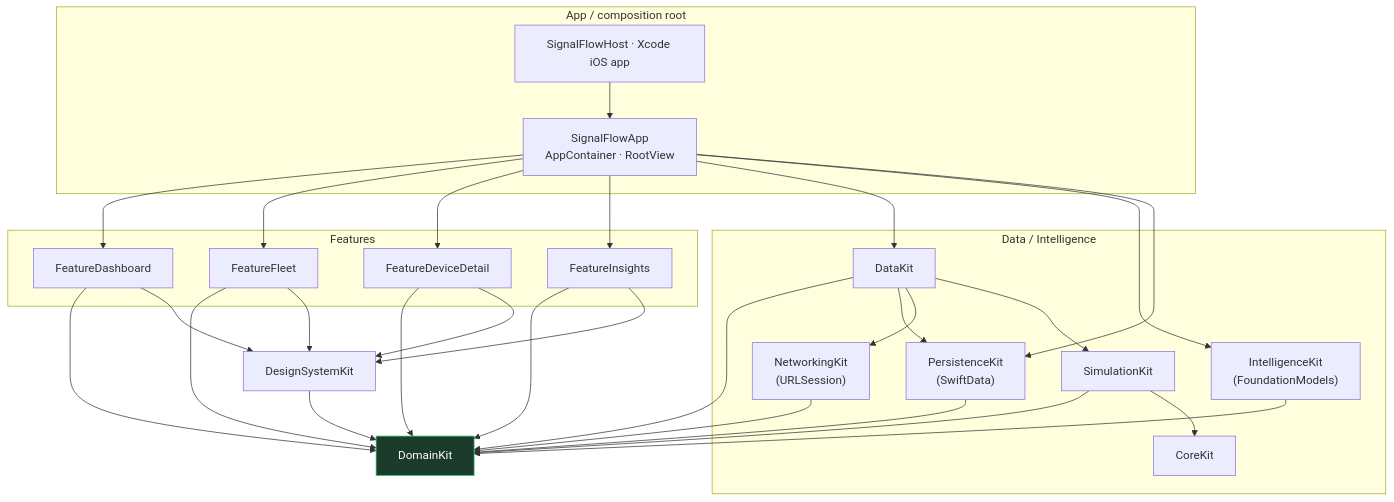
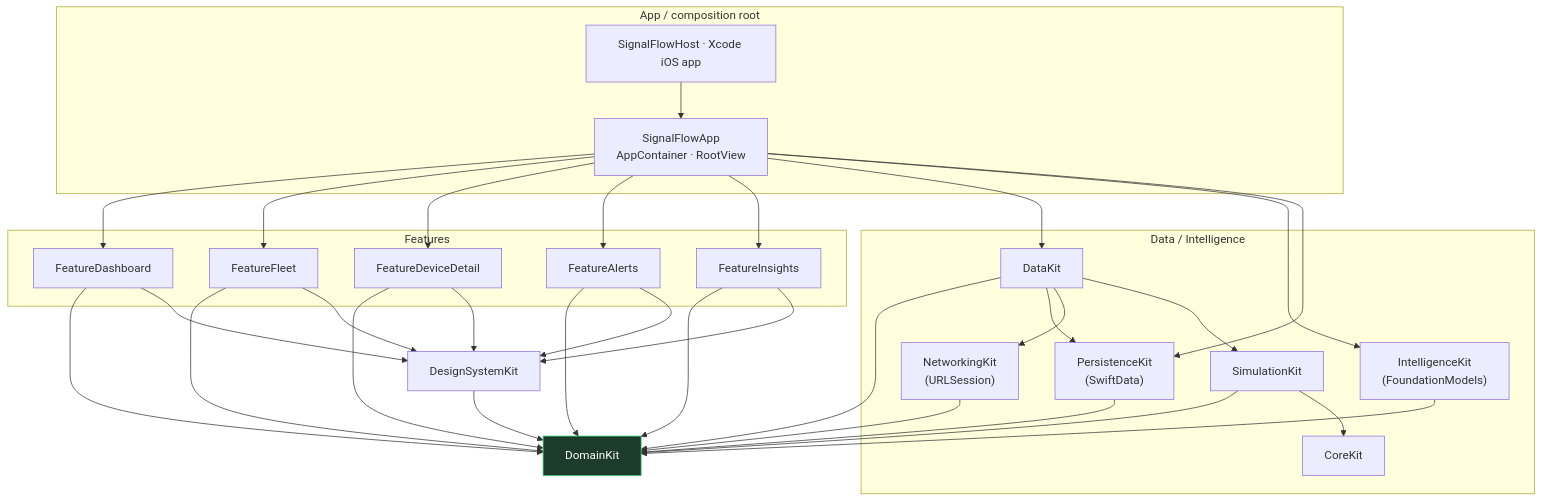
The second of 2 diagrams in README.md (donatogomez/signal-flow), drawn with Mermaid before and after one commit. The commit also changed other lines of this file and 15 other files, not shown here.

First line of the commit message:
Implement FeatureAlerts (#11)

````diff
--- a/README.md
+++ b/README.md
@@ -130,44 +131,45 @@
 ```mermaid
 flowchart TD
     subgraph AppLayer["App / composition root"]
         HOST["SignalFlowHost · Xcode iOS app"]
         APPLIB["SignalFlowApp<br/>AppContainer · RootView"]
     end
     subgraph FeatureLayer["Features"]
         F1[FeatureDashboard]
         F2[FeatureFleet]
         F3[FeatureDeviceDetail]
-        F4[FeatureInsights]
+        F4[FeatureAlerts]
+        F5[FeatureInsights]
     end
     DS[DesignSystemKit]
     subgraph DataLayer["Data / Intelligence"]
         DK[DataKit]
         PERSIST["PersistenceKit<br/>(SwiftData)"]
         NET["NetworkingKit<br/>(URLSession)"]
         INTEL["IntelligenceKit<br/>(FoundationModels)"]
         SIM[SimulationKit]
         CORE[CoreKit]
     end
     DOM[DomainKit]
 
     HOST --> APPLIB
-    APPLIB --> F1 & F2 & F3 & F4
+    APPLIB --> F1 & F2 & F3 & F4 & F5
     APPLIB --> DK
     APPLIB --> INTEL
     APPLIB --> PERSIST
-    F1 & F2 & F3 & F4 --> DOM
-    F1 & F2 & F3 & F4 --> DS
+    F1 & F2 & F3 & F4 & F5 --> DOM
+    F1 & F2 & F3 & F4 & F5 --> DS
     DS --> DOM
     DK --> DOM
     DK --> PERSIST
     DK --> NET
     PERSIST --> DOM
     NET --> DOM
     INTEL --> DOM
     DK --> SIM
     SIM --> DOM
     SIM --> CORE
 
     classDef domain fill:#1d3b2a,stroke:#2ecc71,color:#fff;
     class DOM domain;
 ```
````
